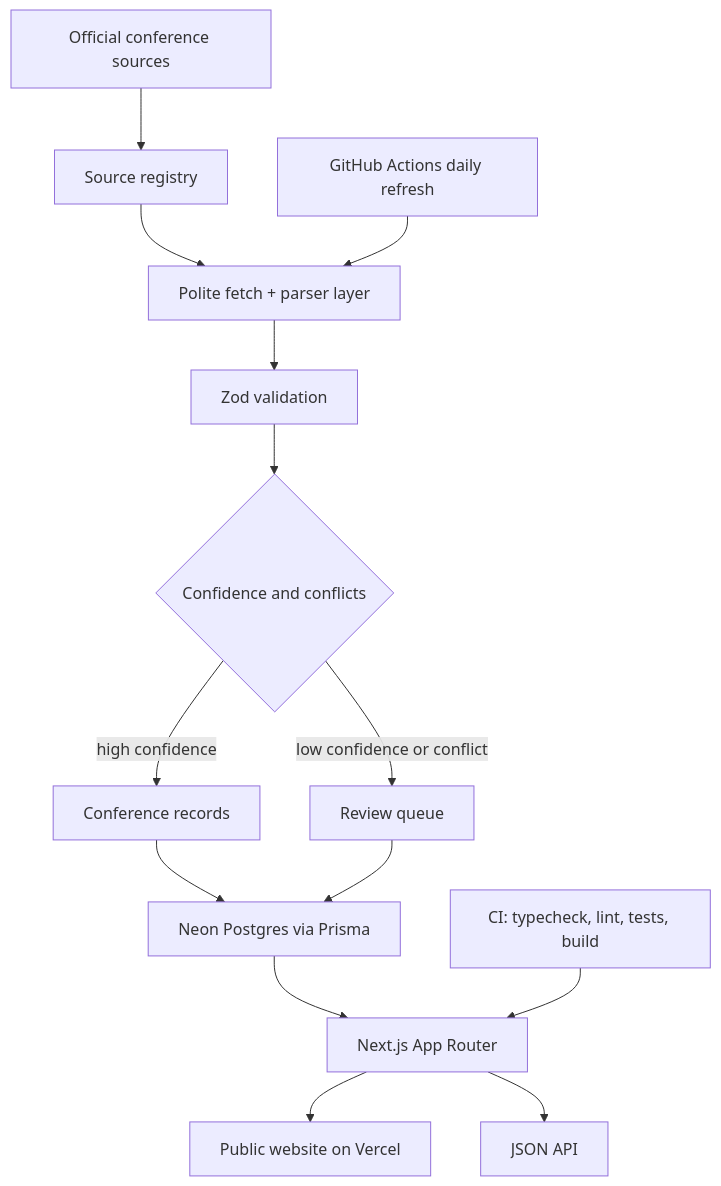
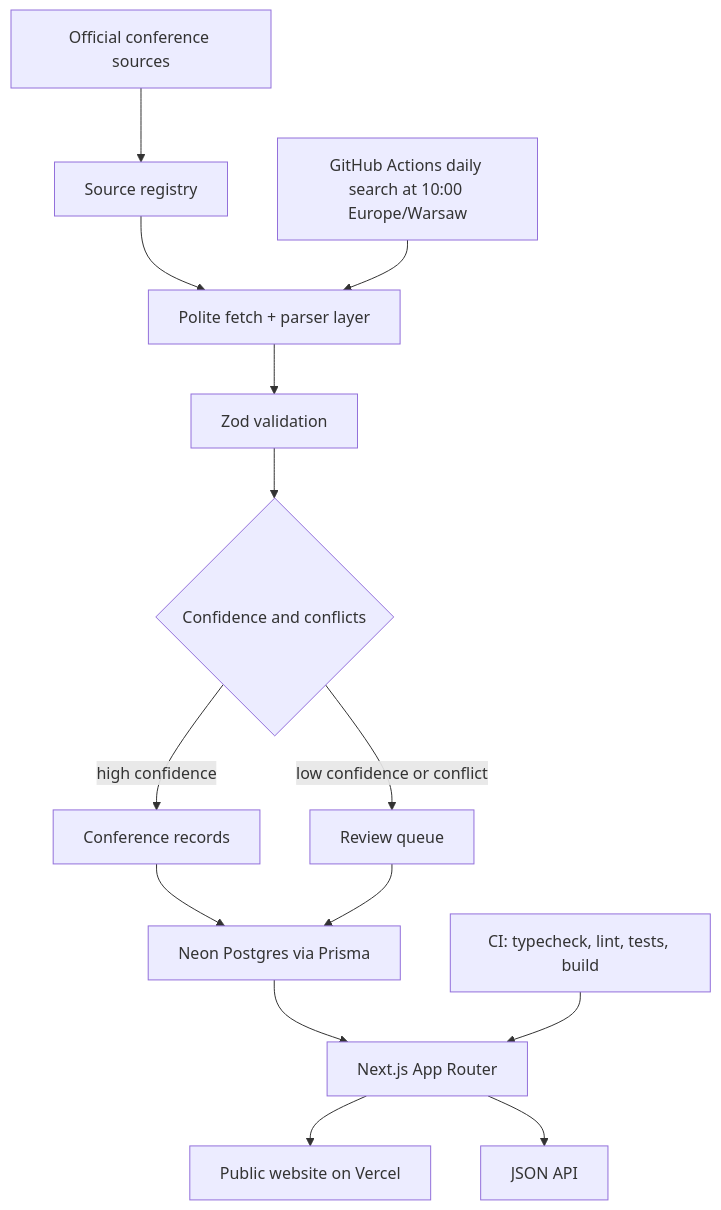
One commit to AlbertL97/confai changed the diagram in README.md. Above: the diagram before and after it, drawn with Mermaid. The commit also changed other lines of this file and 14 other files, not shown here.

````diff
--- a/README.md
+++ b/README.md
@@ -19,16 +19,16 @@
 ```mermaid
 flowchart TD
   A["Official conference sources"] --> B["Source registry"]
   B --> C["Polite fetch + parser layer"]
   C --> D["Zod validation"]
   D --> E{"Confidence and conflicts"}
   E -->|"high confidence"| F["Conference records"]
   E -->|"low confidence or conflict"| G["Review queue"]
   F --> H["Neon Postgres via Prisma"]
   G --> H
   H --> I["Next.js App Router"]
   I --> J["Public website on Vercel"]
   I --> K["JSON API"]
-  L["GitHub Actions daily refresh"] --> C
+  L["GitHub Actions daily search at 10:00 Europe/Warsaw"] --> C
   M["CI: typecheck, lint, tests, build"] --> I
 ```
````
